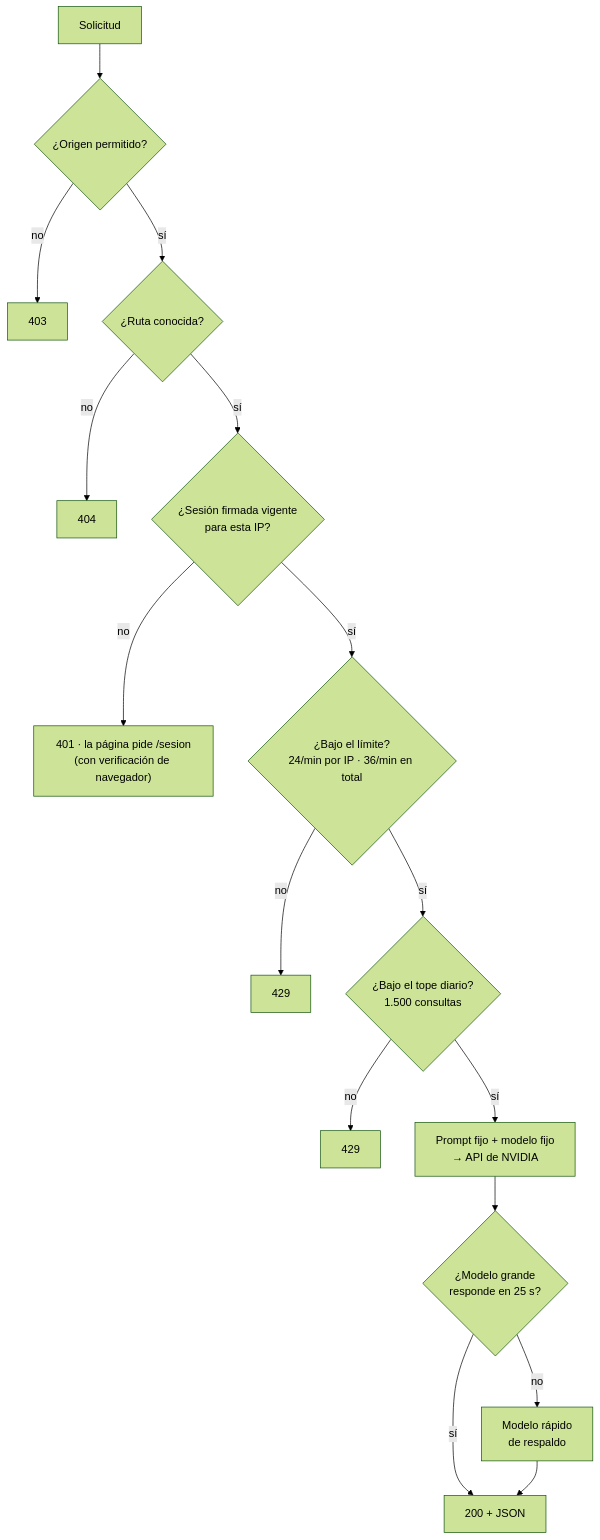
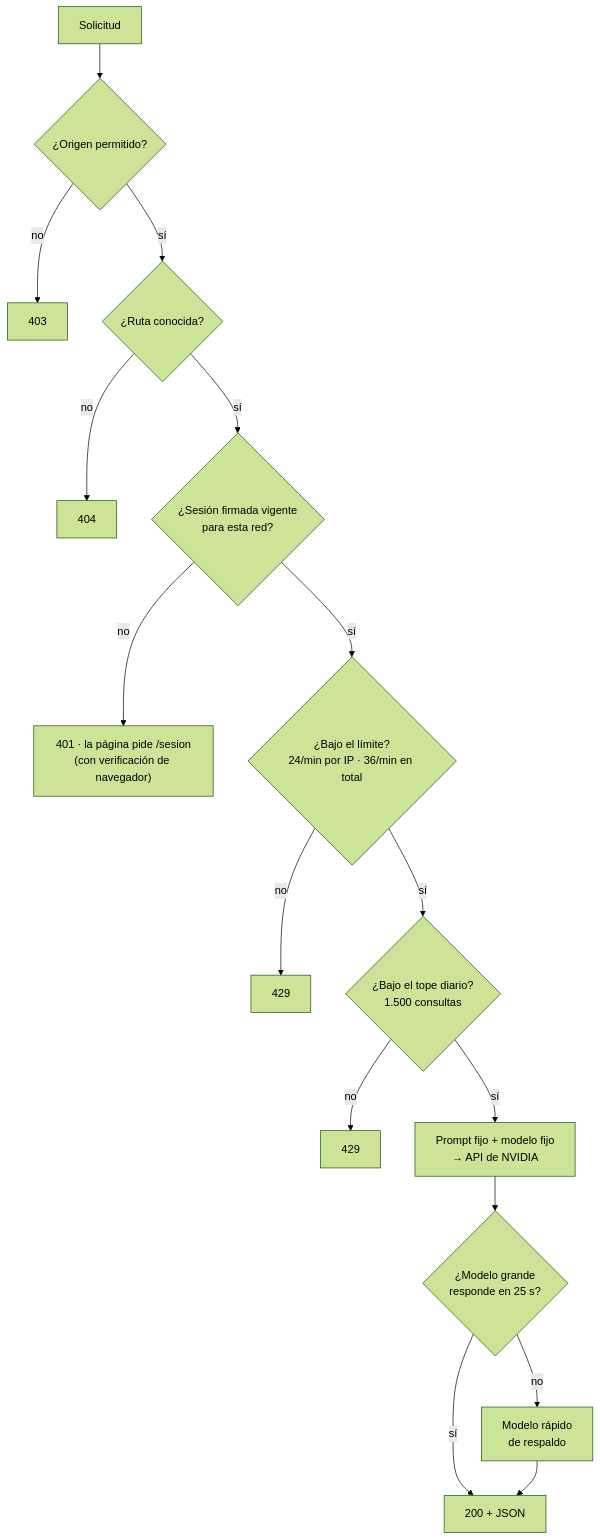
Before and after one commit to JSNN15/nv-gateway: the diagram in README.md, drawn with Mermaid (forest theme). The commit also changed other lines of this file and 2 other files, not shown here.

Commit message:
Sesión atada a la red (operador y país) y límite también por sesión

````diff
--- a/README.md
+++ b/README.md
@@ -42,17 +42,17 @@
 ```mermaid
 flowchart TD
     R[Solicitud] --> O{¿Origen permitido?}
     O -->|no| X1[403]
     O -->|sí| RT{¿Ruta conocida?}
     RT -->|no| X5[404]
-    RT -->|sí| S{"¿Sesión firmada vigente<br/>para esta IP?"}
+    RT -->|sí| S{"¿Sesión firmada vigente<br/>para esta red?"}
     S -->|no| X2["401 · la página pide /sesion<br/>(con verificación de navegador)"]
     S -->|sí| L{"¿Bajo el límite?<br/>24/min por IP · 36/min en total"}
     L -->|no| X3[429]
     L -->|sí| D{"¿Bajo el tope diario?<br/>1.500 consultas"}
     D -->|no| X4[429]
     D -->|sí| N["Prompt fijo + modelo fijo<br/>→ API de NVIDIA"]
     N --> F{"¿Modelo grande<br/>responde en 25 s?"}
     F -->|sí| OK[200 + JSON]
     F -->|no| FB["Modelo rápido<br/>de respaldo"] --> OK
 ```
````
